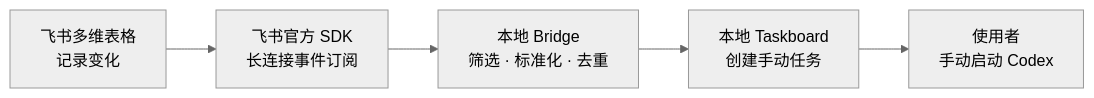
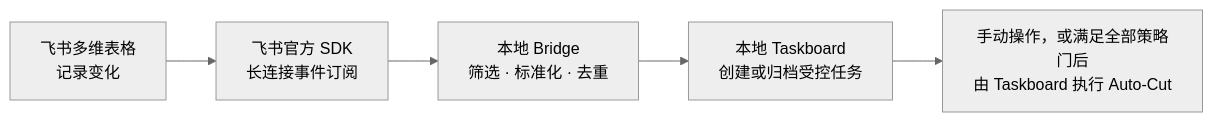
Before and after one commit to fengcong22/feishu-codex-Taskboard: the diagram in README.md, drawn with Mermaid (neutral theme). The commit also changed other lines of this file and 28 other files, not shown here.

````diff
--- a/README.md
+++ b/README.md
@@ -9,7 +9,7 @@
 ```mermaid
 flowchart LR
     A["飞书多维表格\n记录变化"] --> B["飞书官方 SDK\n长连接事件订阅"]
     B --> C["本地 Bridge\n筛选 · 标准化 · 去重"]
-    C --> D["本地 Taskboard\n创建手动任务"]
-    D --> E["使用者\n手动启动 Codex"]
+    C --> D["本地 Taskboard\n创建或归档受控任务"]
+    D --> E["手动操作，或满足全部策略门后\n由 Taskboard 执行 Auto-Cut"]
 ```
````
